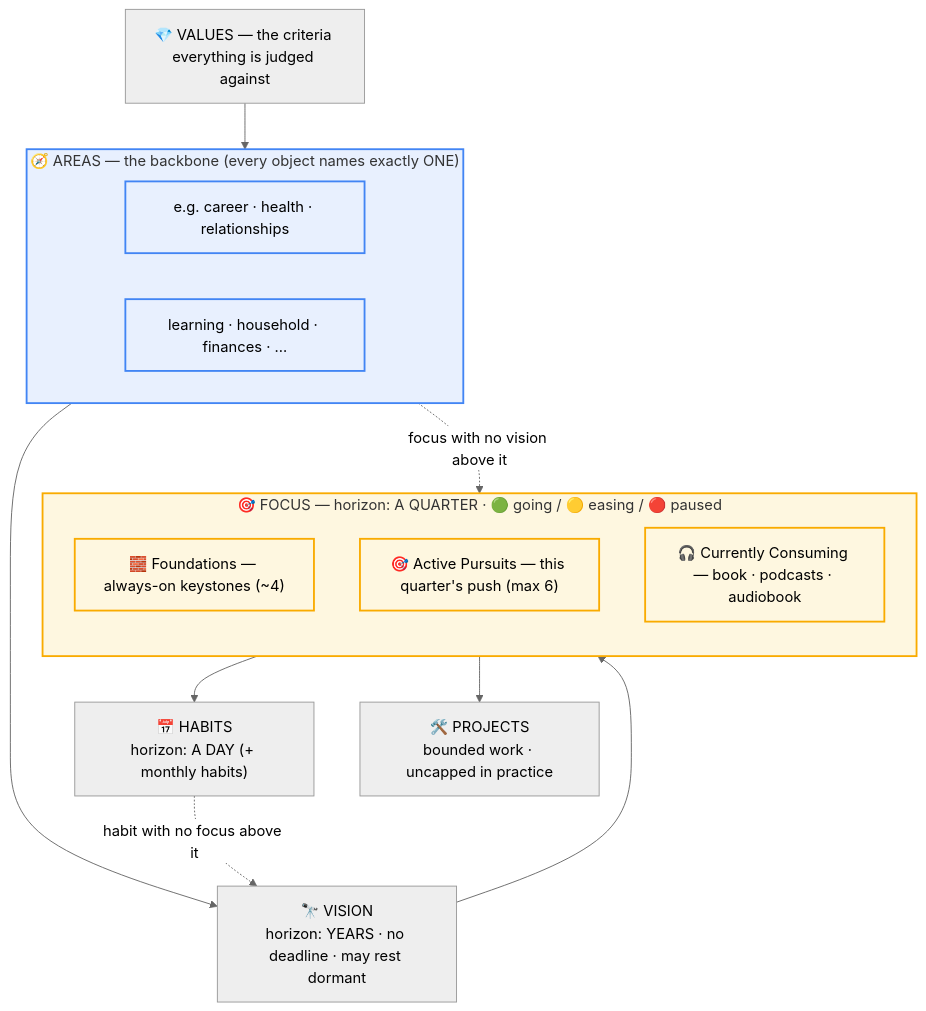
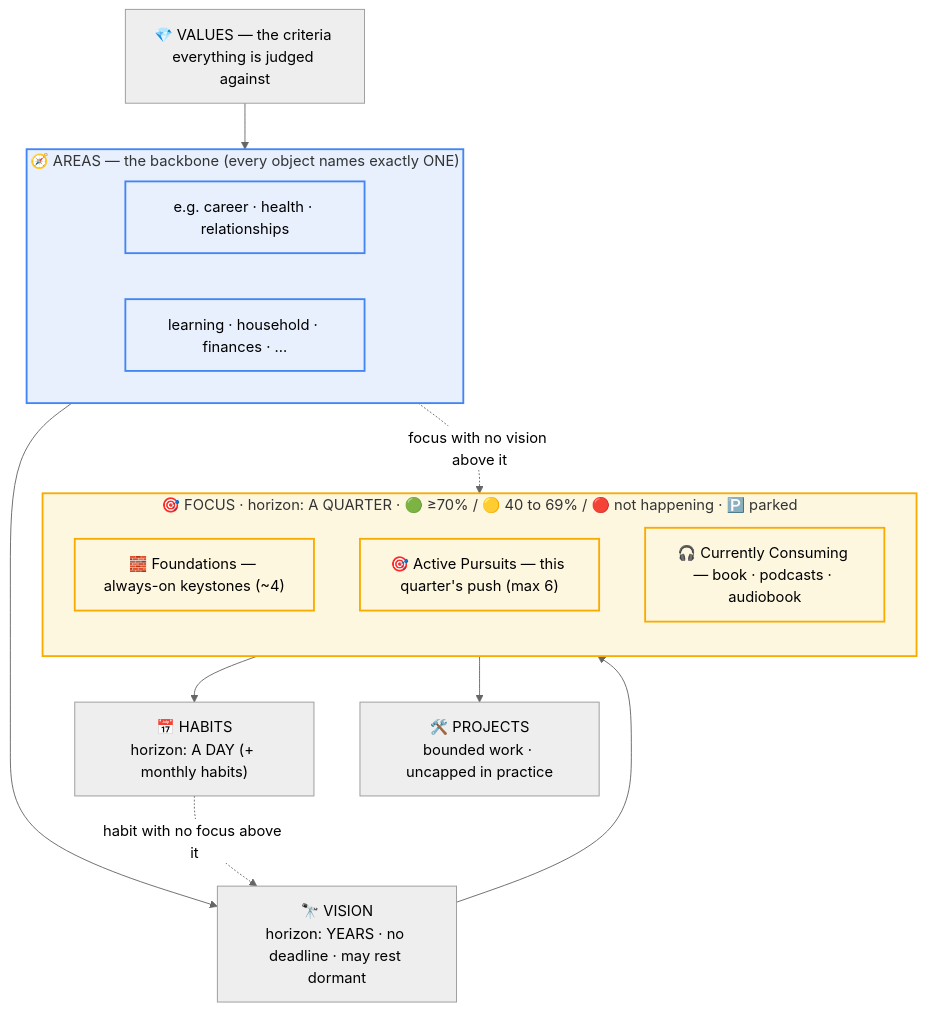
One commit to Jikodis/my-pfc changed the first of 2 diagrams in docs/system-map.md. Above: the diagram before and after it, drawn with Mermaid (neutral theme). The commit also changed other lines of this file and 11 other files, not shown here.

````diff
--- a/docs/system-map.md
+++ b/docs/system-map.md
@@ -11,32 +11,32 @@
 ```mermaid
 flowchart TD
     VAL["💎 VALUES — the criteria everything is judged against"]
     VAL --> AREA
 
     subgraph AREA["🧭 AREAS — the backbone (every object names exactly ONE)"]
       direction LR
       A1["e.g. career · health · relationships"]
       A2["learning · household · finances · …"]
     end
 
     AREA --> VIS["🔭 VISION<br/>horizon: YEARS · no deadline · may rest dormant"]
     VIS --> FOC
     AREA -. focus with no vision above it .-> FOC
 
-    subgraph FOC["🎯 FOCUS — horizon: A QUARTER · 🟢 going / 🟡 easing / 🔴 paused"]
+    subgraph FOC["🎯 FOCUS · horizon: A QUARTER · 🟢 ≥70% / 🟡 40 to 69% / 🔴 not happening · 🅿️ parked"]
       direction TB
       T1["🧱 Foundations — always-on keystones (~4)"]
       T2["🎯 Active Pursuits — this quarter's push (max 6)"]
       T3["🎧 Currently Consuming — book · podcasts · audiobook"]
     end
 
     FOC --> HAB["📅 HABITS<br/>horizon: A DAY (+ monthly habits)"]
     FOC --> PROJ["🛠️ PROJECTS<br/>bounded work · uncapped in practice"]
 
     HAB -. habit with no focus above it .-> VIS
 
     classDef backbone fill:#e8f0fe,stroke:#4285f4,stroke-width:2px;
     classDef focus fill:#fef7e0,stroke:#f9ab00,stroke-width:2px;
     class AREA,A1,A2 backbone;
     class FOC,T1,T2,T3 focus;
 ```
````
